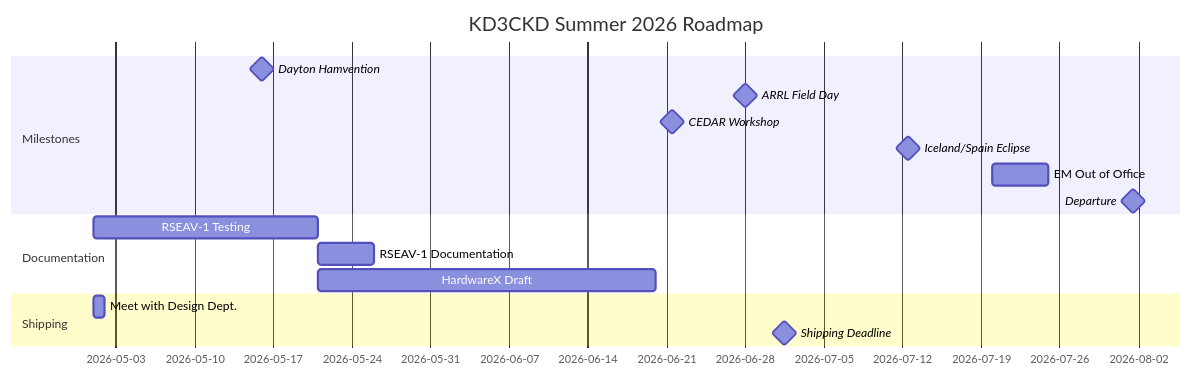
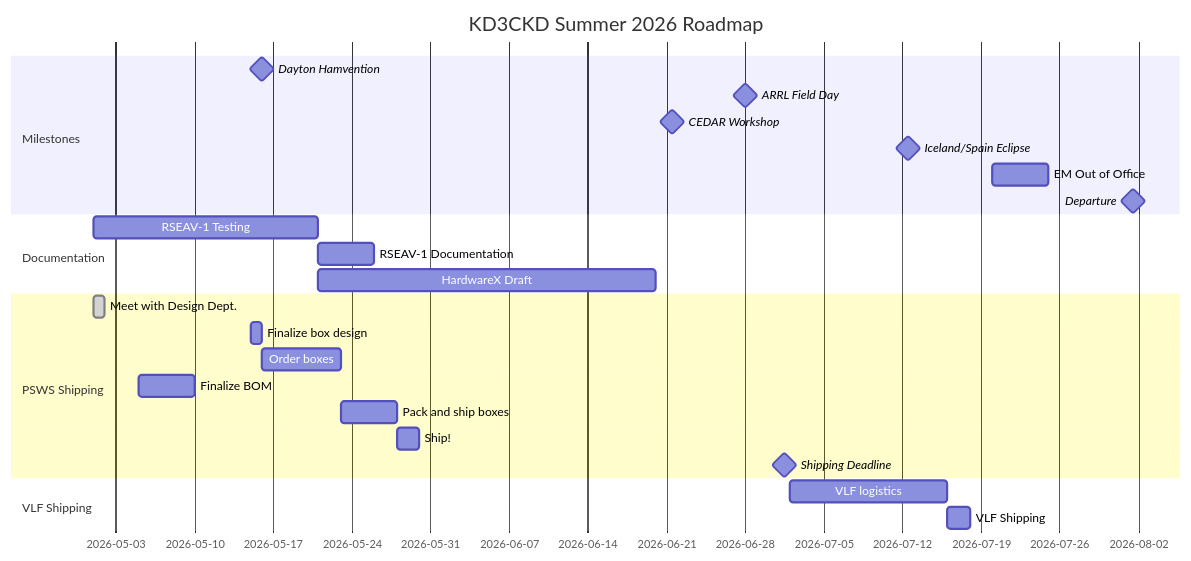
Before and after one commit to HamSCI/psws-charette: the diagram in emma_gantt.md, drawn with Mermaid.

````diff
--- a/emma_gantt.md
+++ b/emma_gantt.md
@@ -1,21 +1,29 @@
 ```mermaid
 gantt
     title KD3CKD Summer 2026 Roadmap
     dateFormat YYYY-MM
 section Milestones
         Dayton Hamvention       : milestone, hamvention, 2026-05-15, 2d
         ARRL Field Day       : milestone, fieldday, 2026-06-27, 2d
         CEDAR Workshop    : milestone, CEDAR, 2026-06-21, 1d 
         Iceland/Spain Eclipse       : milestone, Eclipse, 2026-07-12, 1d
         EM Out of Office : oof, 2026-07-20, 5d
         Departure       : milestone, end, 2026-08-01, 1d
                                 
 section Documentation
        RSEAV-1 Testing    :antennatest, 2026-05-1, 20d
        RSEAV-1 Documentation    :antennadoc, after antennatest, 5d
        HardwareX Draft :hardwarex, after antennatest, 30d
-section Shipping
-       Meet with Design Dept. :done designmeet, 2026-05-01, 1d
+section PSWS Shipping
+       Meet with Design Dept. :done, designmeet, 2026-05-01, 1d
+       Finalize box design: boxdesign, 2026-05-15, 1d
+       Order boxes: boxorder, after boxdesign, 7d
+       Finalize BOM: BOM, 2026-05-05, 5d
+       Pack and ship boxes: packing, after BOM boxorder, 5d
+       Ship!: ship, after packing, 2d
        Shipping Deadline      :milestone, shippingdeadline, 2026-07-01, 1d
+section VLF Shipping
+       VLF logistics: vlflog, after shippingdeadline, 2w
+       VLF Shipping: vlfship, after vlflog, 2d
 
 ```
````
